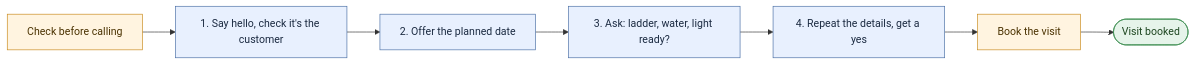
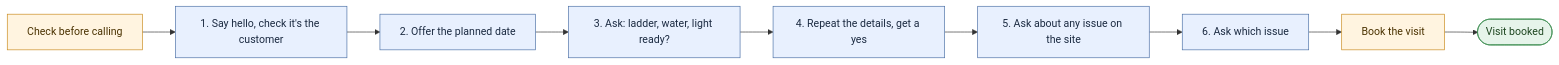
The diagram in flows/service-scheduling/README.md (krupalvora-SSE/hackathon), drawn with Mermaid before and after one commit. The commit also changed other lines of this file and 14 other files, not shown here.

Commit message:
feat(flow): SSE-15551 ask about site issues (e.g. rusting) before booking and save them in the call record and ticket data

````diff
--- a/flows/service-scheduling/README.md
+++ b/flows/service-scheduling/README.md
@@ -97,14 +97,16 @@
 ```mermaid
 flowchart LR
   P0["Check before calling"]:::sys
   P1["1. Say hello, check it's the customer"]:::talk
   P2["2. Offer the planned date"]:::talk
   P3["3. Ask: ladder, water, light ready?"]:::talk
   P4["4. Repeat the details, get a yes"]:::talk
-  P5["Book the visit"]:::sys
-  P6(["Visit booked"]):::end_
-  P0 --> P1 --> P2 --> P3 --> P4 --> P5 --> P6
+  P5["5. Ask about any issue on the site"]:::talk
+  P6["6. Ask which issue"]:::talk
+  P7["Book the visit"]:::sys
+  P8(["Visit booked"]):::end_
+  P0 --> P1 --> P2 --> P3 --> P4 --> P5 --> P6 --> P7 --> P8
   classDef talk fill:#E8F0FE,stroke:#4A6FA5,color:#1B2A41
   classDef sys fill:#FFF4E0,stroke:#C98A1B,color:#4A3200
   classDef end_ fill:#E6F4EA,stroke:#3C8D50,color:#1E4620
 ```
````
